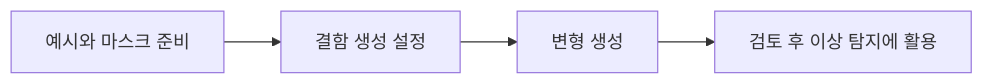
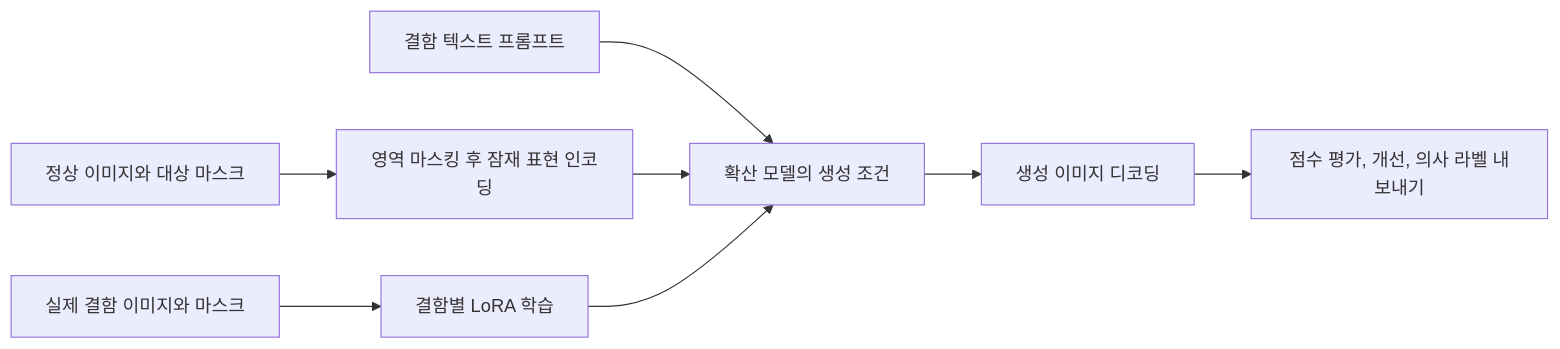
One commit to james-joobs/awesome-nvidia-physical-ai changed the diagram in docs/ko/anomalygen.md. Above: the diagram before and after it, drawn with Mermaid. The commit also changed other lines of this file and 187 other files, not shown here.

Commit message:
Expand bilingual guides with official architecture references

````diff
--- a/docs/ko/anomalygen.md
+++ b/docs/ko/anomalygen.md
@@ -15,7 +13,10 @@
 ```mermaid
 flowchart LR
-    n0["예시와 마스크 준비"] --> n1
-    n1["결함 생성 설정"] --> n2
-    n2["변형 생성"] --> n3
-    n3["검토 후 이상 탐지에 활용"]
+    A["실제 결함 이미지와 마스크"] --> B["결함별 LoRA 학습"]
+    C["정상 이미지와 대상 마스크"] --> D["영역 마스킹 후 잠재 표현 인코딩"]
+    E["결함 텍스트 프롬프트"] --> F["확산 모델의 생성 조건"]
+    D --> F
+    B --> F
+    F --> G["생성 이미지 디코딩"]
+    G --> H["점수 평가, 개선, 의사 라벨 내보내기"]
 ```
````
